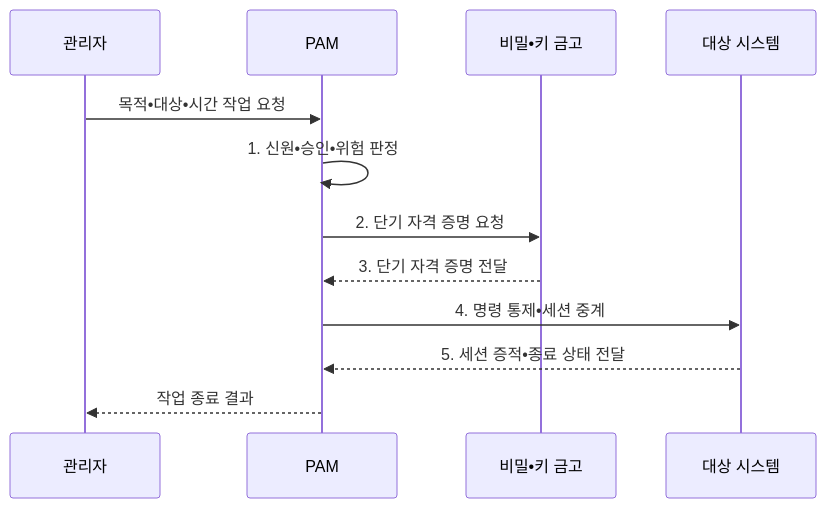
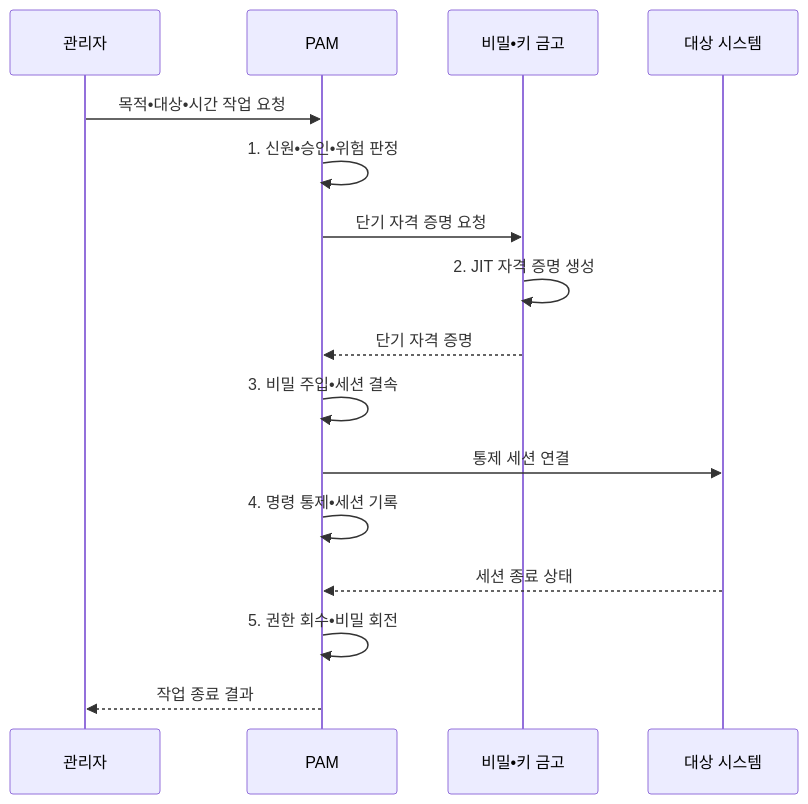
The second of 2 diagrams in src/content/docs/notes/05-security/062_pam.md (agnusdei1207/knowledge-base), drawn with Mermaid before and after one commit. The commit also changed other lines of this file and 20 other files, not shown here.

````diff
--- a/src/content/docs/notes/05-security/062_pam.md
+++ b/src/content/docs/notes/05-security/062_pam.md
@@ -97,14 +97,18 @@
 ```mermaid
 sequenceDiagram
     participant A as 관리자
     participant P as PAM
     participant V as 비밀•키 금고
     participant S as 대상 시스템
     A->>P: 목적•대상•시간 작업 요청
     P->>P: 1. 신원•승인•위험 판정
-    P->>V: 2. 단기 자격 증명 요청
-    V-->>P: 3. 단기 자격 증명 전달
-    P->>S: 4. 명령 통제•세션 중계
-    S-->>P: 5. 세션 증적•종료 상태 전달
+    P->>V: 단기 자격 증명 요청
+    V->>V: 2. JIT 자격 증명 생성
+    V-->>P: 단기 자격 증명
+    P->>P: 3. 비밀 주입•세션 결속
+    P->>S: 통제 세션 연결
+    P->>P: 4. 명령 통제•세션 기록
+    S-->>P: 세션 종료 상태
+    P->>P: 5. 권한 회수•비밀 회전
     P-->>A: 작업 종료 결과
 ```
````
